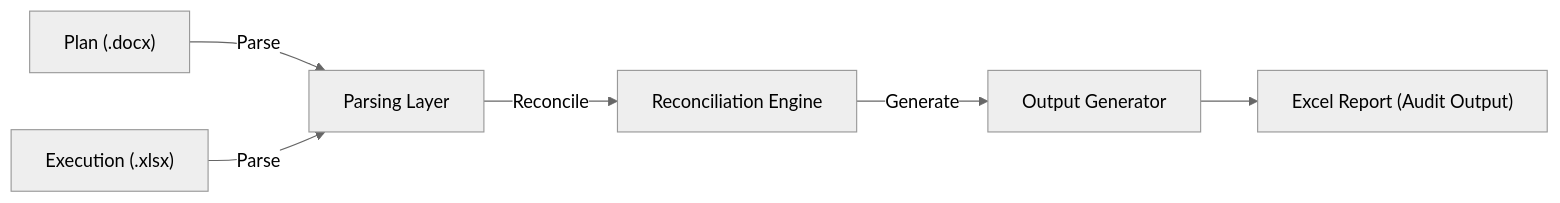
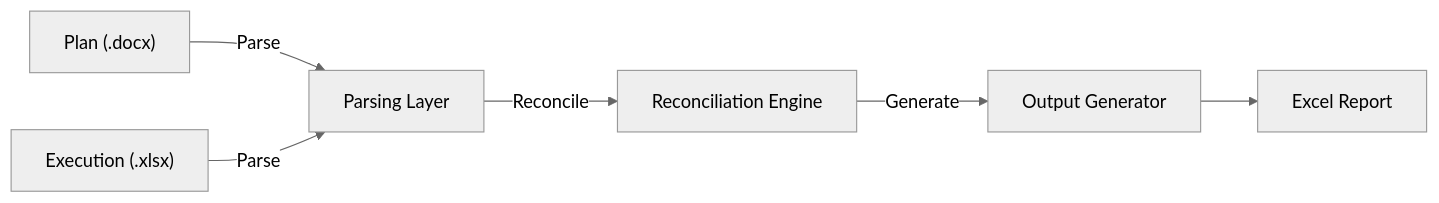
One commit to dwatkin3/traceability-tooling changed the diagram in README.md. Above: the diagram before and after it, drawn with Mermaid (neutral theme). The commit also changed other lines of this file, not shown here.

````diff
--- a/README.md
+++ b/README.md
@@ -24,12 +165,10 @@
 ```mermaid
 flowchart LR
     A["Plan (.docx)"]
     C["Execution (.xlsx)"]
-
     A -->|Parse| B["Parsing Layer"]
     C -->|Parse| B
-
     B -->|Reconcile| D["Reconciliation Engine"]
     D -->|Generate| E["Output Generator"]
-    E --> F["Excel Report (Audit Output)"]
+    E --> F["Excel Report"]
 ```
````
